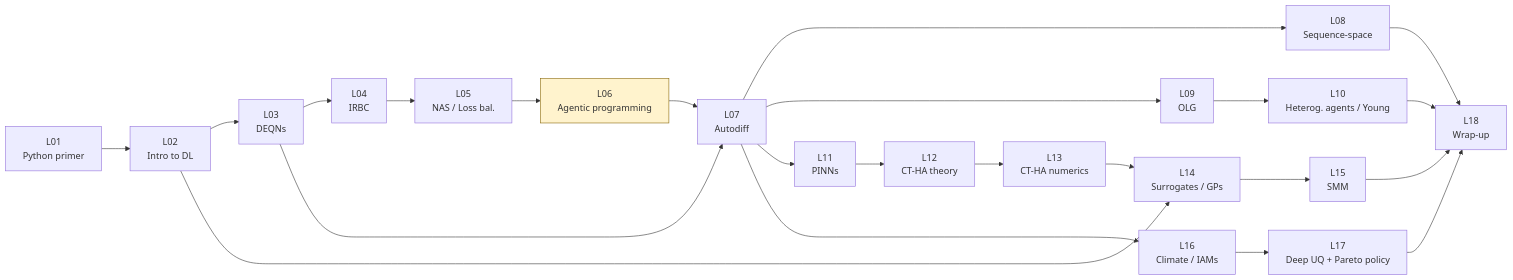
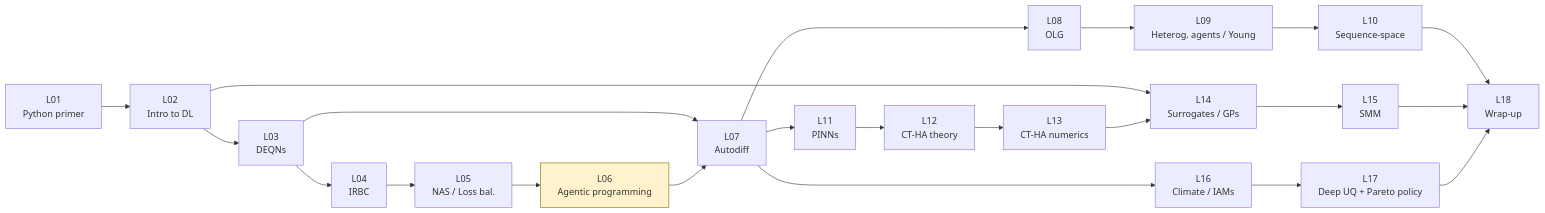
One commit to josemonge85/Deep_Learning_for_Solving_And_Estimating_Dynamic_Economic_Models changed the diagram in COURSE_MAP.md. Above: the diagram before and after it, drawn with Mermaid. The commit also changed other lines of this file and 51 other files, not shown here.

First line of the commit message:
Lectures: reorder so the course tracks the script — L08 OLG, L09 HA/Young, L10 sequence-space

````diff
--- a/COURSE_MAP.md
+++ b/COURSE_MAP.md
@@ -15,28 +15,27 @@
 ```mermaid
 flowchart LR
   L01[L01<br/>Python primer] --> L02
   L02[L02<br/>Intro to DL] --> L03
   L02 --> L14
   L03[L03<br/>DEQNs] --> L04
   L03 --> L07
   L04[L04<br/>IRBC] --> L05
   L05[L05<br/>NAS / Loss bal.] --> L06
   L06[L06<br/>Agentic programming] --> L07
   L07[L07<br/>Autodiff] --> L08
-  L07 --> L09
   L07 --> L11
   L07 --> L16
-  L08[L08<br/>Sequence-space] --> L18
-  L09[L09<br/>OLG] --> L10
-  L10[L10<br/>Heterog. agents / Young] --> L18
+  L08[L08<br/>OLG] --> L09
+  L09[L09<br/>Heterog. agents / Young] --> L10
+  L10[L10<br/>Sequence-space] --> L18
   L11[L11<br/>PINNs] --> L12
   L12[L12<br/>CT-HA theory] --> L13
   L13[L13<br/>CT-HA numerics] --> L14
   L14[L14<br/>Surrogates / GPs] --> L15
   L15[L15<br/>SMM] --> L18
   L16[L16<br/>Climate / IAMs] --> L17
   L17[L17<br/>Deep UQ + Pareto policy] --> L18
   L18[L18<br/>Wrap-up]
 
   style L06 fill:#fff3cd,stroke:#856404
 ```
````
